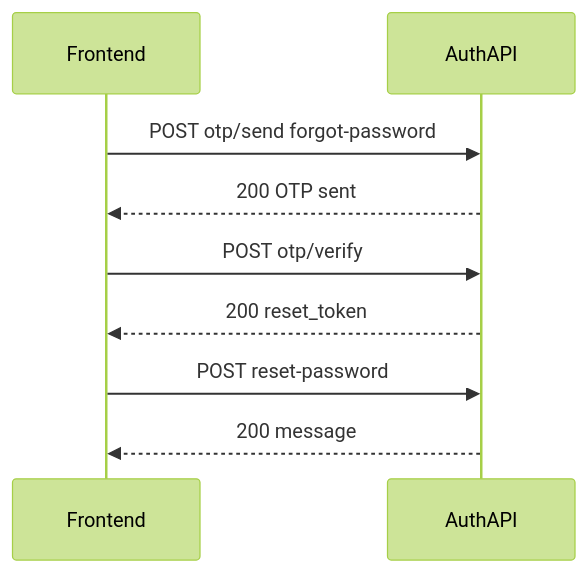
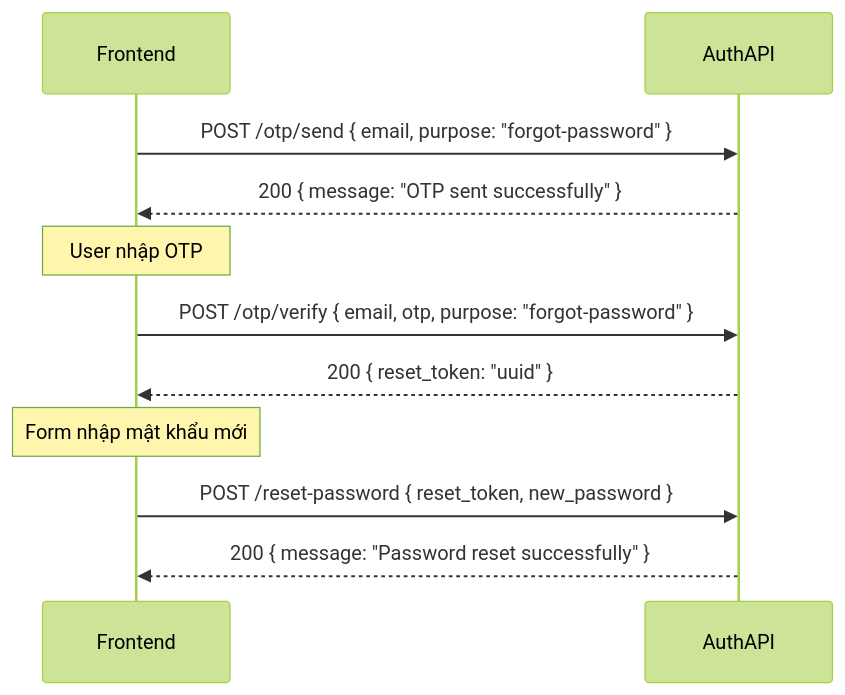
The second of 4 diagrams in INTERGRATE.md (Modamii/be-modami-auth-service), drawn with Mermaid (forest theme) before and after one commit. The commit also changed other lines of this file and 1 other file, not shown here.

Commit message:
chore: update API documentation with changelog and enhance response structure for email verification and OTP endpoints

````diff
--- a/INTERGRATE.md
+++ b/INTERGRATE.md
@@ -248,12 +599,14 @@
 ```mermaid
 sequenceDiagram
   participant FE as Frontend
   participant API as AuthAPI
 
-  FE->>API: POST otp/send forgot-password
-  API-->>FE: 200 OTP sent
-  FE->>API: POST otp/verify
-  API-->>FE: 200 reset_token
-  FE->>API: POST reset-password
-  API-->>FE: 200 message
+  FE->>API: POST /otp/send { email, purpose: "forgot-password" }
+  API-->>FE: 200 { message: "OTP sent successfully" }
+  Note over FE: User nhập OTP
+  FE->>API: POST /otp/verify { email, otp, purpose: "forgot-password" }
+  API-->>FE: 200 { reset_token: "uuid" }
+  Note over FE: Form nhập mật khẩu mới
+  FE->>API: POST /reset-password { reset_token, new_password }
+  API-->>FE: 200 { message: "Password reset successfully" }
 ```
````
